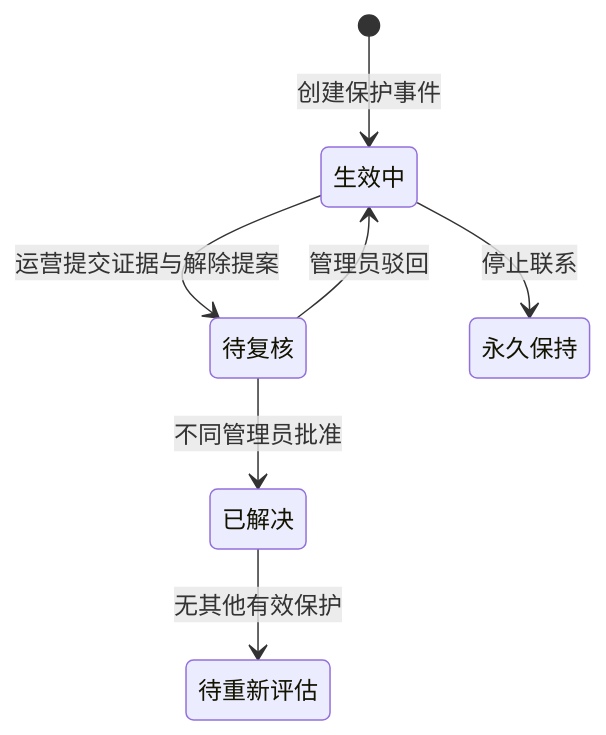
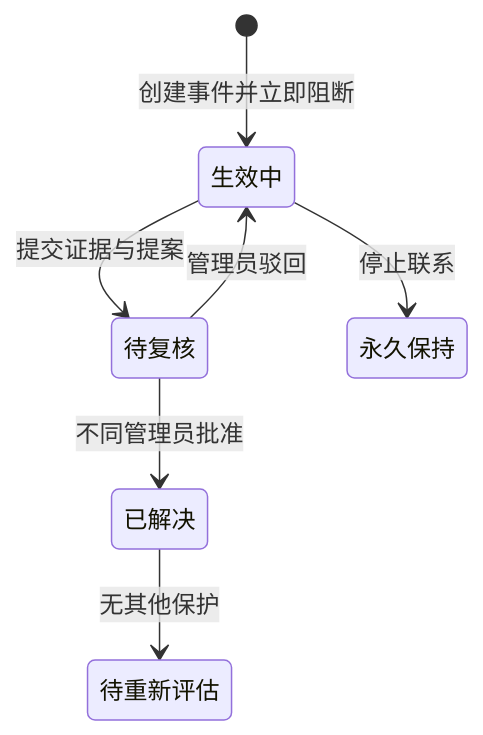
The fifth of 7 diagrams in docs/product-functional-spec.md (IntelliPathway/luheng-fulfillops-cloud), drawn with Mermaid before and after one commit. The commit also changed other lines of this file and 50 other files, not shown here.

````diff
--- a/docs/product-functional-spec.md
+++ b/docs/product-functional-spec.md
@@ -183,9 +118,9 @@
 ```mermaid
 stateDiagram-v2
-    [*] --> 生效中: 创建保护事件
-    生效中 --> 待复核: 运营提交证据与解除提案
+    [*] --> 生效中: 创建事件并立即阻断
+    生效中 --> 待复核: 提交证据与提案
     待复核 --> 生效中: 管理员驳回
     待复核 --> 已解决: 不同管理员批准
-    已解决 --> 待重新评估: 无其他有效保护
+    已解决 --> 待重新评估: 无其他保护
     生效中 --> 永久保持: 停止联系
 ```
````
